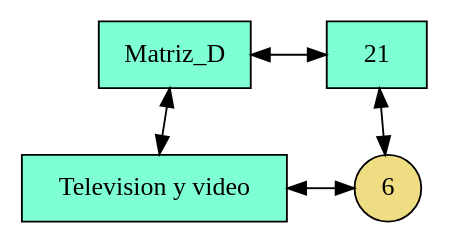
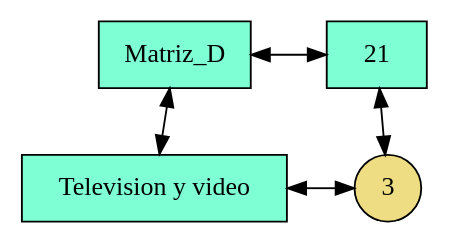
One commit to William58-0/201909103_ProyectoEDD changed the diagram in frontend/src/assets/img/2020-03.dot. Above: the diagram before and after it, drawn with Graphviz. The commit also changed 44 other files, not shown here.

```diff
--- a/frontend/src/assets/img/2020-03.dot
+++ b/frontend/src/assets/img/2020-03.dot
@@ -1,16 +1,16 @@
 digraph {
 rankdir = BT;
 node [shape=rectangle style=filled];
 graph[ nodesep = 0.5];
 { rank=same; nodoMatriz_D; nodo21;}
  { rank=same; nodoTelevision_y_video; nodo21Television_y_video;}
  nodoMatriz_D [label="Matriz_D" fillcolor=aquamarine]
 nodo21 [label="21" fillcolor=aquamarine]
 nodoMatriz_D->nodo21 [dir=both]
 nodoTelevision_y_video [label="Television y video" fillcolor=aquamarine]
 nodoTelevision_y_video->nodoMatriz_D [dir=both]
-nodo21Television_y_video [label="6" shape=circle fillcolor=lightgoldenrod]
+nodo21Television_y_video [label="3" shape=circle fillcolor=lightgoldenrod]
 nodo21Television_y_video->nodo21 [dir=both]
 nodoTelevision_y_video->nodo21Television_y_video [constraint=false; dir=both]
 { rank=same; nodoMatriz_D; nodo21; }
  }
```
